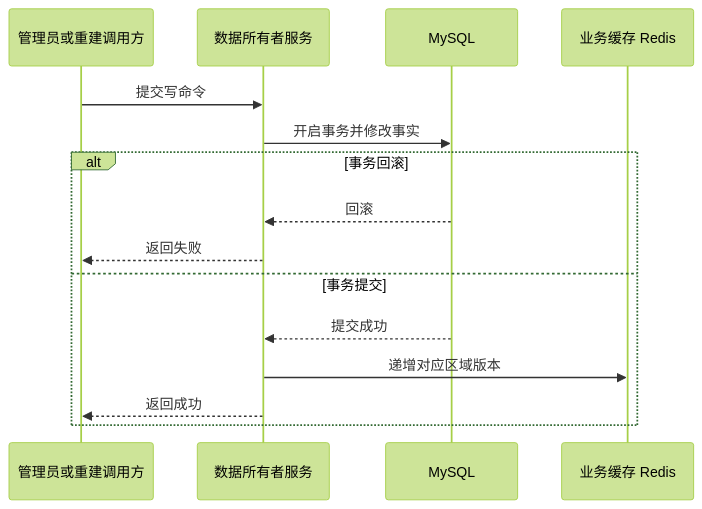
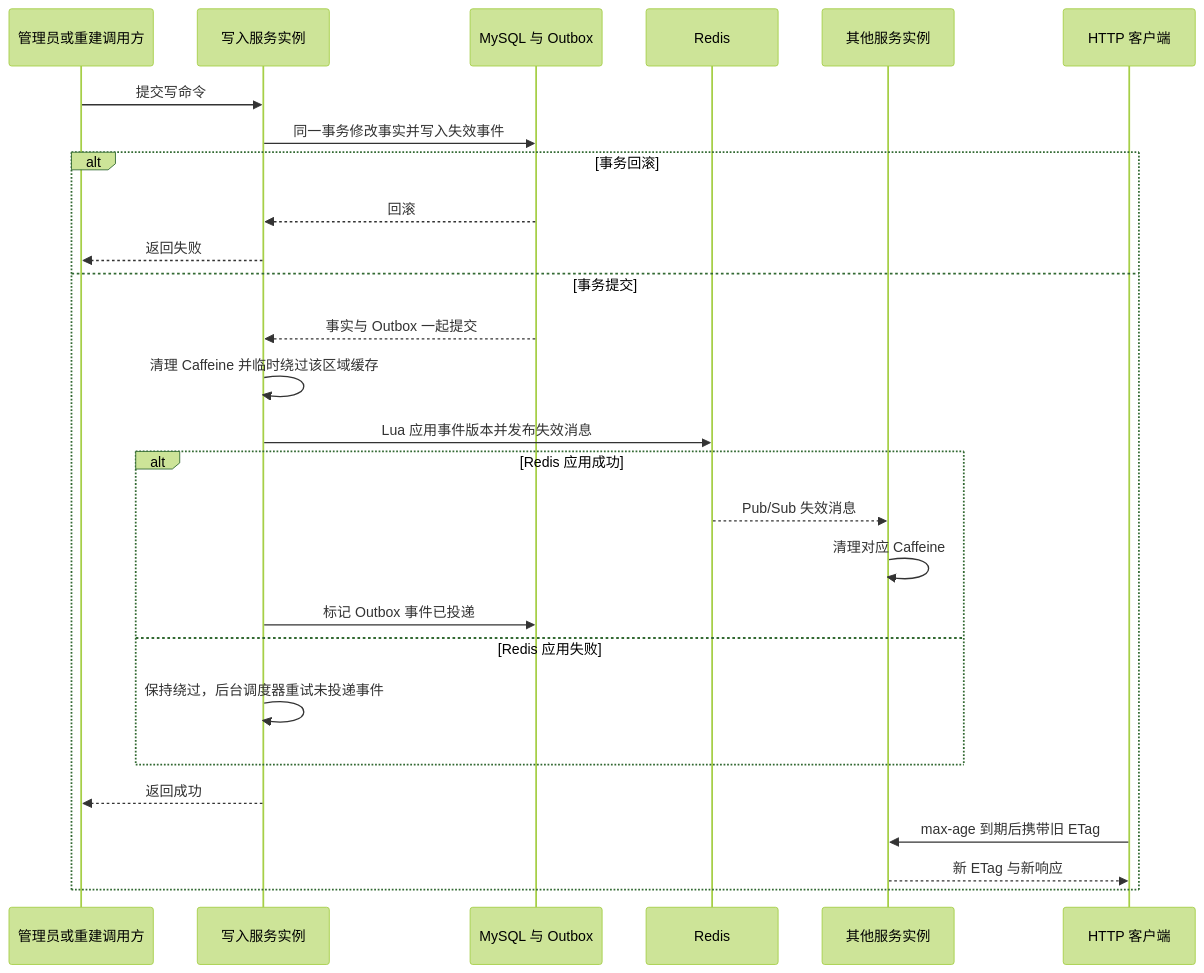
One commit to Dorian7Alden/LeetModel changed the third of 3 diagrams in docs/project/02-架构设计/缓存策略.md. Above: the diagram before and after it, drawn with Mermaid (forest theme). The commit also changed other lines of this file and 2 other files, not shown here.

````diff
--- a/docs/project/02-架构设计/缓存策略.md
+++ b/docs/project/02-架构设计/缓存策略.md
@@ -139,18 +213,30 @@
 ```mermaid
 sequenceDiagram
     participant A as 管理员或重建调用方
-    participant S as 数据所有者服务
-    participant D as MySQL
-    participant R as 业务缓存 Redis
+    participant S1 as 写入服务实例
+    participant D as MySQL 与 Outbox
+    participant R as Redis
+    participant S2 as 其他服务实例
+    participant C as HTTP 客户端
 
-    A->>S: 提交写命令
-    S->>D: 开启事务并修改事实
+    A->>S1: 提交写命令
+    S1->>D: 同一事务修改事实并写入失效事件
     alt 事务回滚
-        D-->>S: 回滚
-        S-->>A: 返回失败
+        D-->>S1: 回滚
+        S1-->>A: 返回失败
     else 事务提交
-        D-->>S: 提交成功
-        S->>R: 递增对应区域版本
-        S-->>A: 返回成功
+        D-->>S1: 事实与 Outbox 一起提交
+        S1->>S1: 清理 Caffeine 并临时绕过该区域缓存
+        S1->>R: Lua 应用事件版本并发布失效消息
+        alt Redis 应用成功
+            R-->>S2: Pub/Sub 失效消息
+            S2->>S2: 清理对应 Caffeine
+            S1->>D: 标记 Outbox 事件已投递
+        else Redis 应用失败
+            S1->>S1: 保持绕过，后台调度器重试未投递事件
+        end
+        S1-->>A: 返回成功
+        C->>S2: max-age 到期后携带旧 ETag
+        S2-->>C: 新 ETag 与新响应
     end
 ```
````
